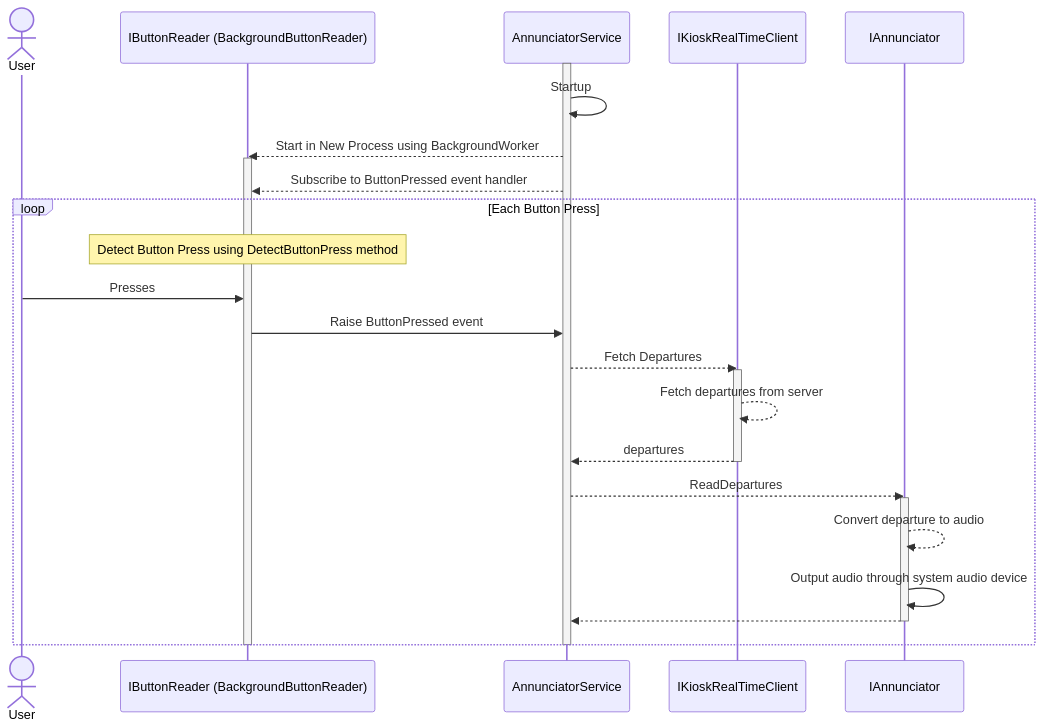
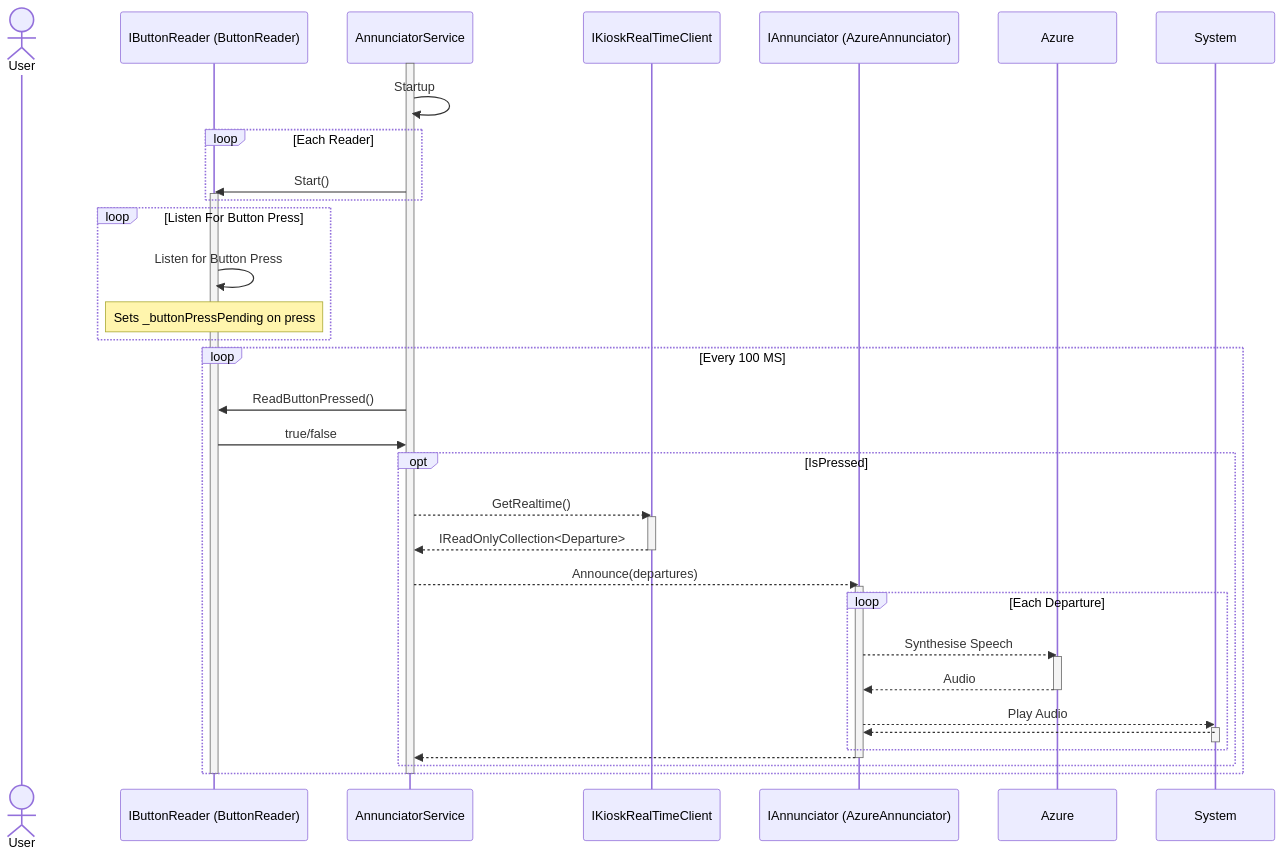
The sixth of 6 diagrams in README.md (CUMTD/Mtd.Kiosk.Annunciator), drawn with Mermaid before and after one commit. The commit also changed other lines of this file and 11 other files, not shown here.

````diff
--- a/README.md
+++ b/README.md
@@ -177,36 +171,56 @@
 ```mermaid
 sequenceDiagram
+
     actor U as User
-    participant READ as IButtonReader (BackgroundButtonReader)
+    participant READ as IButtonReader (ButtonReader)
     participant SER as AnnunciatorService
     participant RT as IKioskRealTimeClient
-    participant ANN as IAnnunciator
-
+    participant ANN as IAnnunciator (AzureAnnunciator)
+    participant AZ as Azure
+    participant SYS as System
+    
     activate SER
     SER ->> SER: Startup
-    SER -->> READ: Start in New Process using BackgroundWorker
+    loop Each Reader
+    SER ->> READ: Start()
     activate READ
-    SER -->> READ: Subscribe to ButtonPressed event handler
-    loop Each Button Press
-    Note over READ: Detect Button Press using DetectButtonPress method
-    U ->> READ: Presses
-    READ ->> SER: Raise ButtonPressed event
+    end
 
-    SER -->> RT: Fetch Departures
+    loop Listen For Button Press
+    READ ->> READ: Listen for Button Press
+    note over READ: Sets _buttonPressPending on press
+    end
+
+    loop Every 100 MS
+    SER ->> READ: ReadButtonPressed()
+    READ ->> SER: true/false
+
+    opt IsPressed
+    SER -->> RT: GetRealtime()
     activate RT
-    RT -->> RT: Fetch departures from server
-    RT -->> SER: departures
+    RT -->> SER: IReadOnlyCollection<Departure>
     deactivate RT
 
-    SER -->> ANN: ReadDepartures
+    SER -->> ANN: Announce(departures)
     activate ANN
-    ANN -->> ANN: Convert departure to audio
-    ANN ->> ANN: Output audio through system audio device
+    loop Each Departure
+    ANN -->> AZ: Synthesise Speech
+    activate AZ
+    AZ -->> ANN: Audio
+    deactivate AZ
+    ANN -->> SYS: Play Audio
+    SYS -->> ANN: 
+    activate SYS
+    deactivate SYS
+    end
     ANN -->> SER: 
     deactivate ANN
 
     end
+    end
+
+
 
     deactivate READ
     deactivate SER
 ```
````
